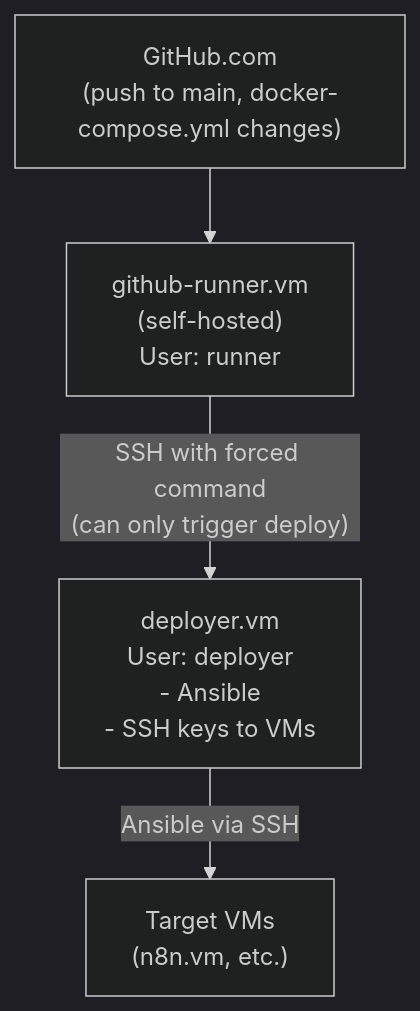
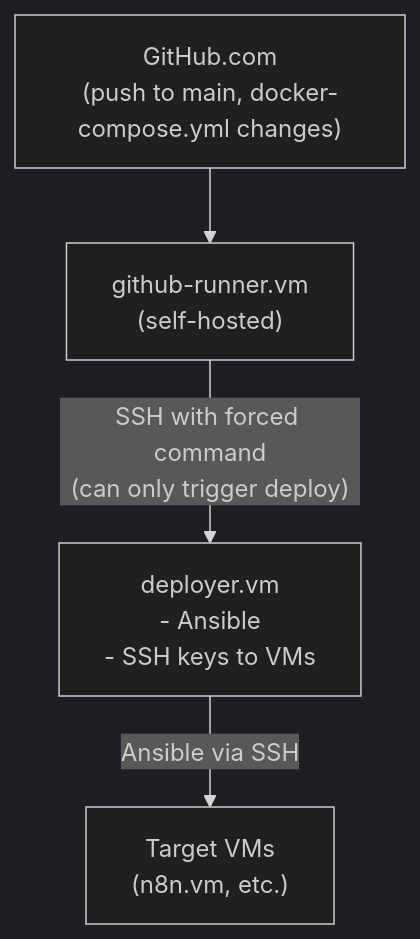
The diagram in docs/GITOPS_SETUP.md (gatanasi/server-hub), drawn with Mermaid (dark theme) before and after one commit.

Commit message:
docs: simplify GitOps architecture diagram by removing user details

````diff
--- a/docs/GITOPS_SETUP.md
+++ b/docs/GITOPS_SETUP.md
@@ -9,6 +9,6 @@
 ```mermaid
 flowchart TD
-    A["GitHub.com<br/>(push to main, docker-compose.yml changes)"] --> B["github-runner.vm<br/>(self-hosted)<br/>User: runner"]
-    B -- "SSH with forced command<br/>(can only trigger deploy)" --> C["deployer.vm<br/>User: deployer<br/>- Ansible<br/>- SSH keys to VMs"]
+    A["GitHub.com<br/>(push to main, docker-compose.yml changes)"] --> B["github-runner.vm<br/>(self-hosted)"]
+    B -- "SSH with forced command<br/>(can only trigger deploy)" --> C["deployer.vm<br/>- Ansible<br/>- SSH keys to VMs"]
     C -- "Ansible via SSH" --> D["Target VMs<br/>(n8n.vm, etc.)"]
 ```
````
